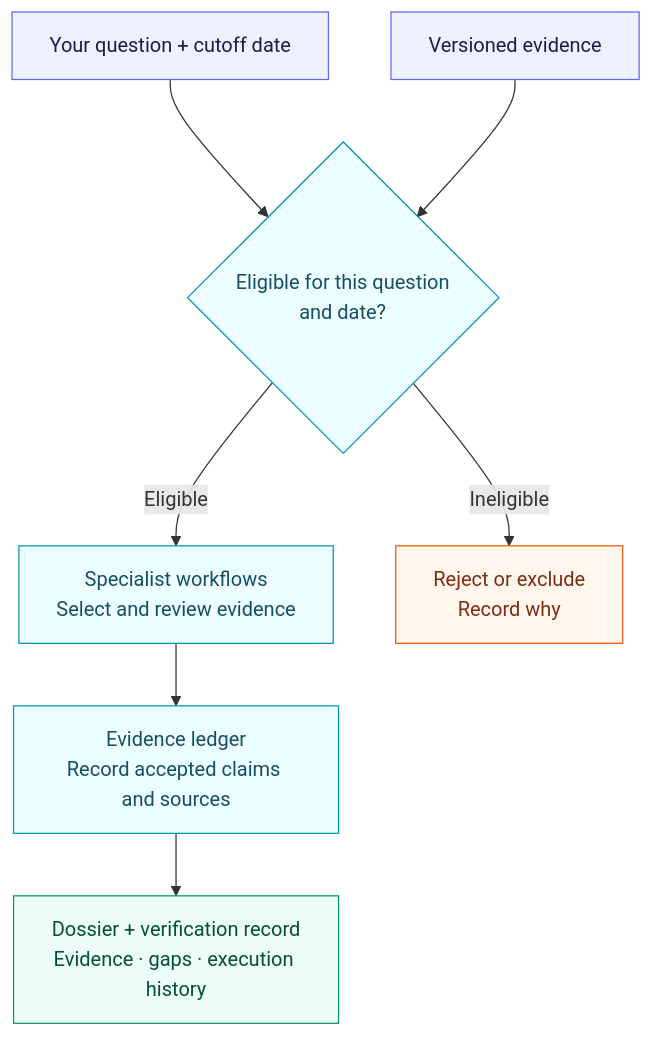
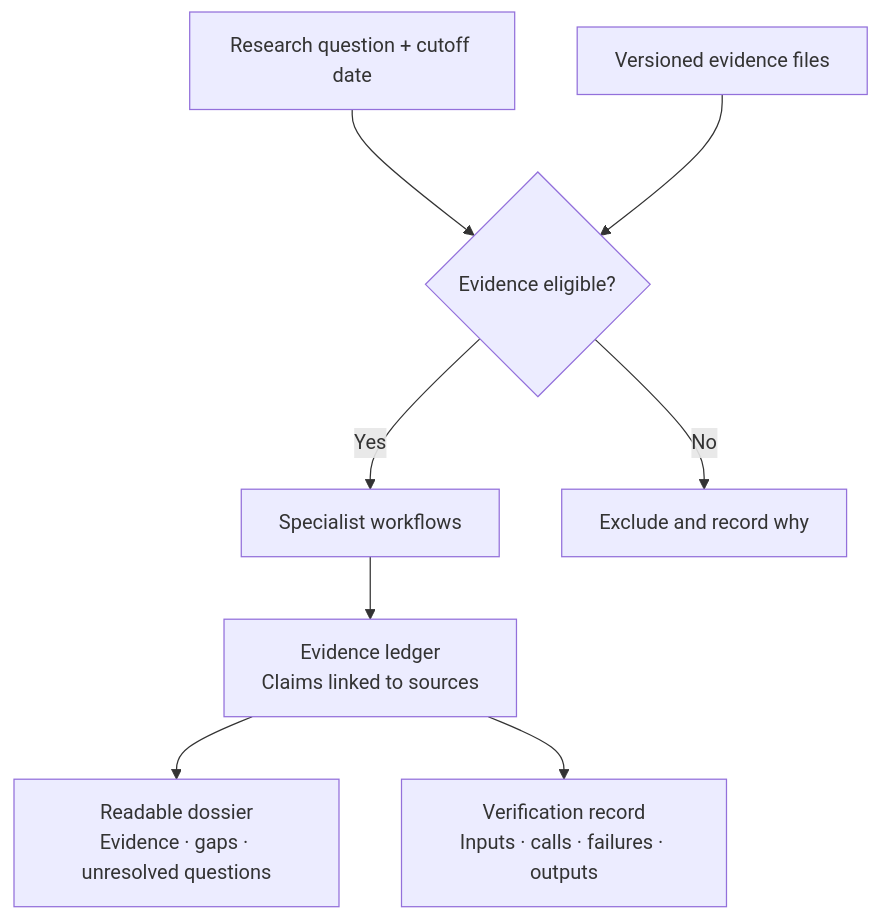
One commit to rzzli/TETHER changed the diagram in README.md. Above: the diagram before and after it, drawn with Mermaid. The commit also changed other lines of this file and 72 other files, not shown here.

````diff
--- a/README.md
+++ b/README.md
@@ -26,25 +23,10 @@
 ```mermaid
 flowchart TD
-    Q["Your question + cutoff date"]
-    S["Versioned evidence"]
-    G{"Eligible for this question<br/>and date?"}
-    A["Specialist workflows<br/>Select and review evidence"]
-    L["Evidence ledger<br/>Record accepted claims and sources"]
-    D["Dossier + verification record<br/>Evidence · gaps · execution history"]
-    X["Reject or exclude<br/>Record why"]
-
-    Q --> G
-    S --> G
-    G -->|Eligible| A
-    G -->|Ineligible| X
-    A --> L --> D
-
-    classDef input fill:#eef2ff,stroke:#6366f1,color:#1e1b4b
-    classDef process fill:#ecfeff,stroke:#0891b2,color:#164e63
-    classDef output fill:#ecfdf5,stroke:#059669,color:#064e3b
-    classDef excluded fill:#fff7ed,stroke:#ea580c,color:#7c2d12
-    class Q,S input
-    class G,A,L process
-    class D output
-    class X excluded
+    Q["Research question + cutoff date"] --> G
+    E["Versioned evidence files"] --> G
+    G{"Evidence eligible?"} -->|Yes| S["Specialist workflows"]
+    G -->|No| X["Exclude and record why"]
+    S --> L["Evidence ledger<br/>Claims linked to sources"]
+    L --> D["Readable dossier<br/>Evidence · gaps · unresolved questions"]
+    L --> V["Verification record<br/>Inputs · calls · failures · outputs"]
 ```
````
